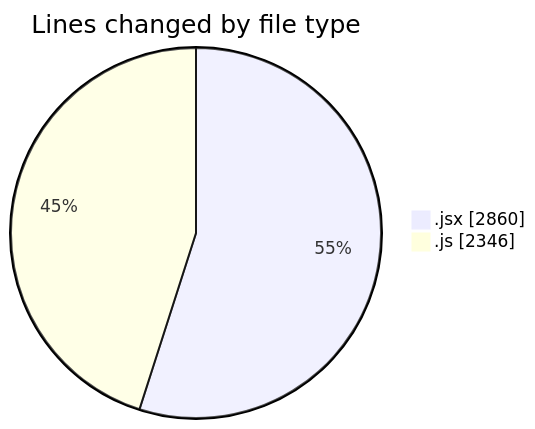
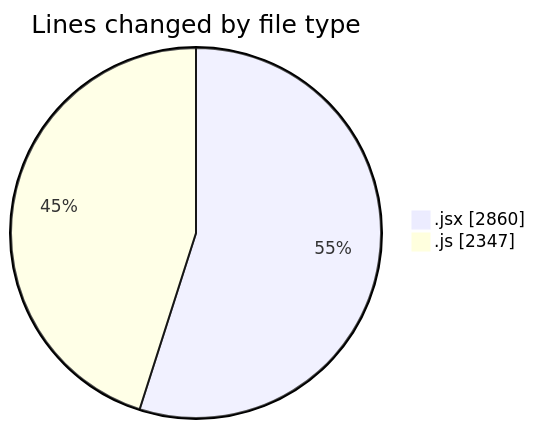
Before and after one commit to nxtqubesakshisongat/code-tracking: the first of 2 diagrams in 2026-01-08/nxtqube_webapp/README.md, drawn with Mermaid. The commit also changed other lines of this file and 1 other file, not shown here.

````diff
--- a/2026-01-08/nxtqube_webapp/README.md
+++ b/2026-01-08/nxtqube_webapp/README.md
@@ -23,6 +23,6 @@
 ```mermaid
 pie showData
 title Lines changed by file type
 ".jsx" : 2860
-".js" : 2346
+".js" : 2347
 ```
````
